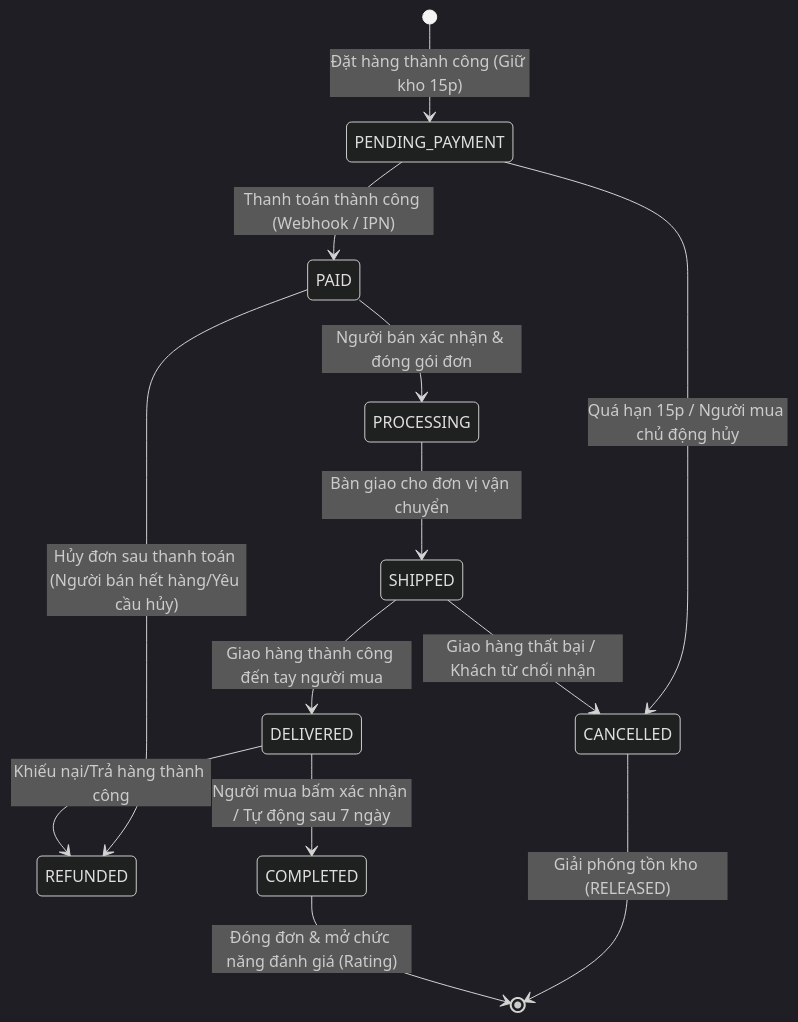
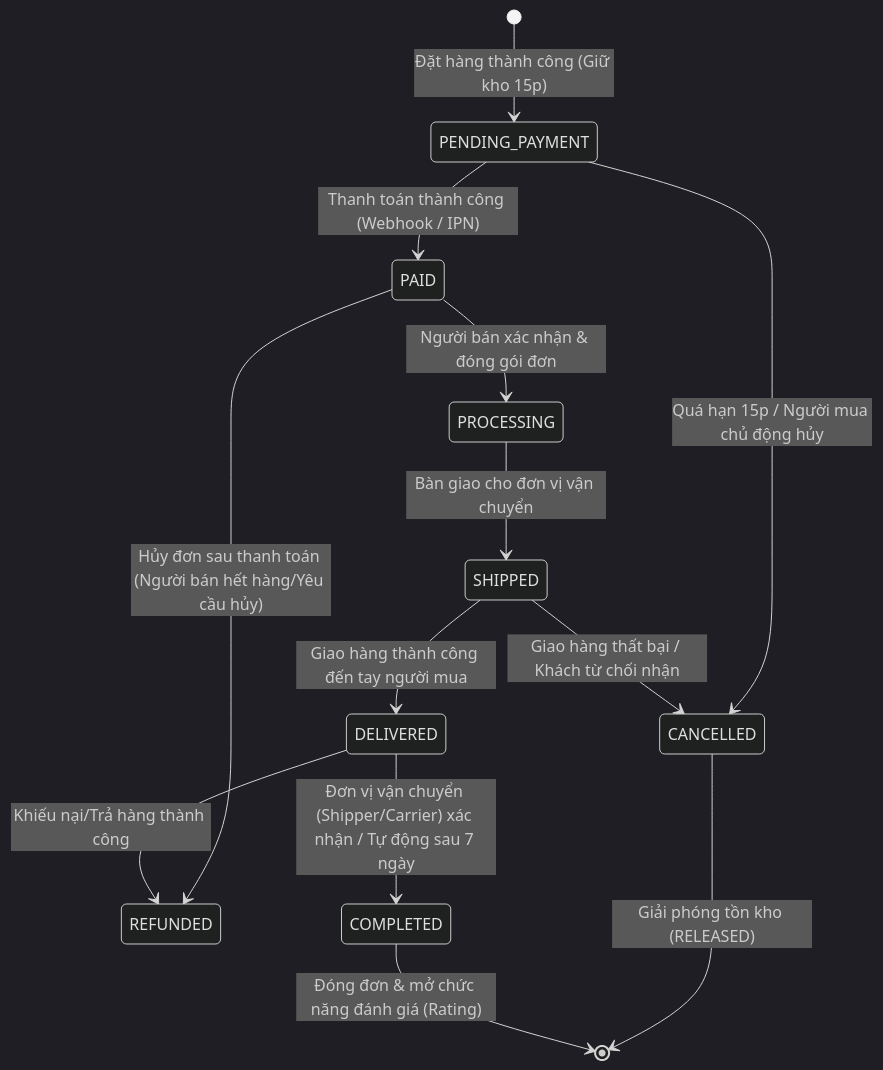
Before and after one commit to harry-leon/e-commerce-auction: the diagram in docs/API_SPEC_CART_ORDER.md, drawn with Mermaid (dark theme). The commit also changed other lines of this file and 27 other files, not shown here.

````diff
--- a/docs/API_SPEC_CART_ORDER.md
+++ b/docs/API_SPEC_CART_ORDER.md
@@ -243,21 +243,21 @@
 ```mermaid
 stateDiagram-v2
     [*] --> PENDING_PAYMENT : Đặt hàng thành công (Giữ kho 15p)
     
     PENDING_PAYMENT --> PAID : Thanh toán thành công (Webhook / IPN)
     PENDING_PAYMENT --> CANCELLED : Quá hạn 15p / Người mua chủ động hủy
     
     PAID --> PROCESSING : Người bán xác nhận & đóng gói đơn
     PAID --> REFUNDED : Hủy đơn sau thanh toán (Người bán hết hàng/Yêu cầu hủy)
     
     PROCESSING --> SHIPPED : Bàn giao cho đơn vị vận chuyển
     
     SHIPPED --> DELIVERED : Giao hàng thành công đến tay người mua
     SHIPPED --> CANCELLED : Giao hàng thất bại / Khách từ chối nhận
     
-    DELIVERED --> COMPLETED : Người mua bấm xác nhận / Tự động sau 7 ngày
+    DELIVERED --> COMPLETED : Đơn vị vận chuyển (Shipper/Carrier) xác nhận / Tự động sau 7 ngày
     DELIVERED --> REFUNDED : Khiếu nại/Trả hàng thành công
     
     CANCELLED --> [*] : Giải phóng tồn kho (RELEASED)
     COMPLETED --> [*] : Đóng đơn & mở chức năng đánh giá (Rating)
 ```
````
